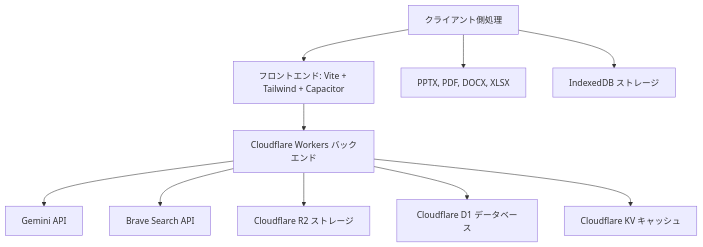
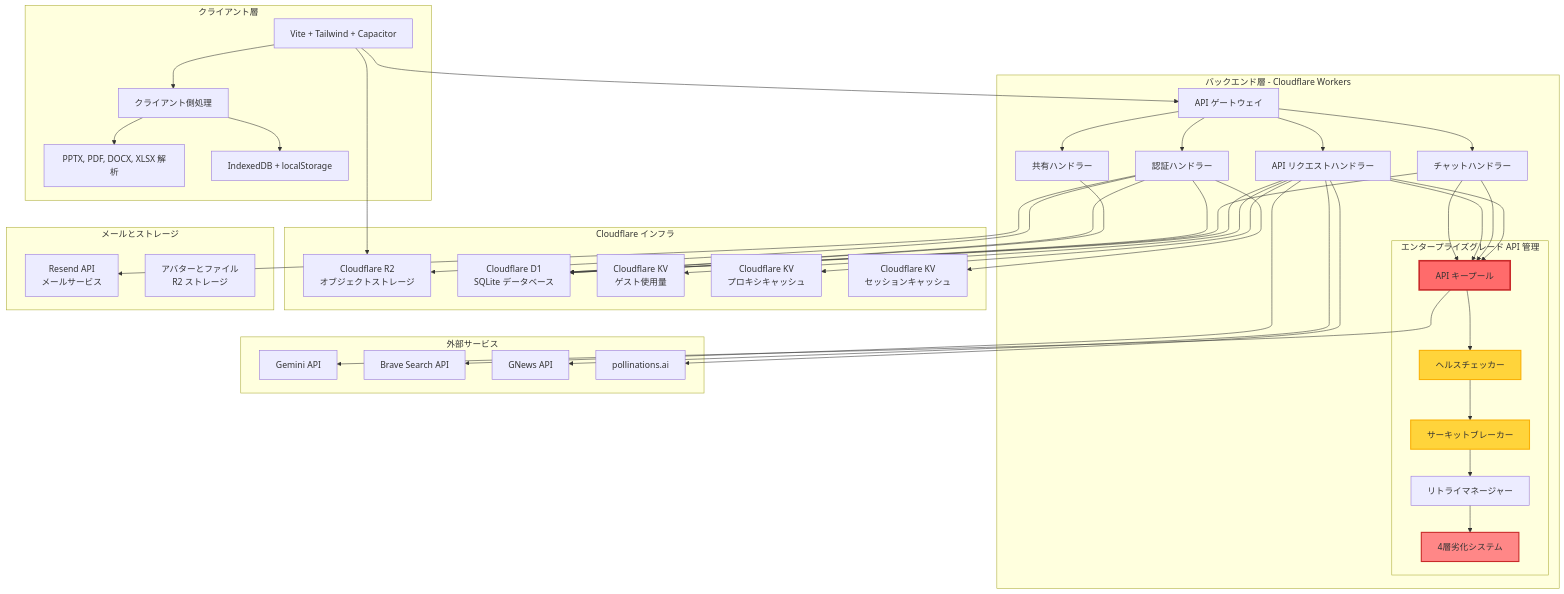
The diagram in docs/README.ja.md (PandaSI-Labs/littleaibox), drawn with Mermaid before and after one commit. The commit also changed 3 other files, not shown here.

````diff
--- a/docs/README.ja.md
+++ b/docs/README.ja.md
@@ -129,12 +129,86 @@
 ```mermaid
-graph TD
-    A[フロントエンド: Vite + Tailwind + Capacitor] --> B[Cloudflare Workers バックエンド]
-    B --> C[Gemini API]
-    B --> D[Brave Search API]
-    B --> E[Cloudflare R2 ストレージ]
-    B --> F[Cloudflare D1 データベース]
-    B --> G[Cloudflare KV キャッシュ]
-    H[クライアント側処理] --> A
-    H --> I[PPTX, PDF, DOCX, XLSX]
-    H --> J[IndexedDB ストレージ]
+graph TB
+    subgraph "クライアント層"
+        A[Vite + Tailwind + Capacitor]
+        H[クライアント側処理]
+        I[PPTX, PDF, DOCX, XLSX 解析]
+        J[IndexedDB + localStorage]
+        A --> H
+        H --> I
+        H --> J
+    end
+    
+    subgraph "バックエンド層 - Cloudflare Workers"
+        B[API ゲートウェイ]
+        B1[認証ハンドラー]
+        B2[チャットハンドラー]
+        B3[API リクエストハンドラー]
+        B4[共有ハンドラー]
+        B --> B1
+        B --> B2
+        B --> B3
+        B --> B4
+        
+        subgraph "エンタープライズグレード API 管理"
+            B5[API キープール]
+            B6[ヘルスチェッカー]
+            B7[サーキットブレーカー]
+            B8[リトライマネージャー]
+            B9[4層劣化システム]
+            B5 --> B6
+            B6 --> B7
+            B7 --> B8
+            B8 --> B9
+        end
+        
+        B2 --> B5
+        B3 --> B5
+    end
+    
+    subgraph "外部サービス"
+        C[Gemini API]
+        D[Brave Search API]
+        D1[GNews API]
+        D2[pollinations.ai]
+    end
+    
+    subgraph "Cloudflare インフラ"
+        E[Cloudflare R2<br/>オブジェクトストレージ]
+        F[Cloudflare D1<br/>SQLite データベース]
+        G1[Cloudflare KV<br/>ゲスト使用量]
+        G2[Cloudflare KV<br/>プロキシキャッシュ]
+        G3[Cloudflare KV<br/>セッションキャッシュ]
+    end
+    
+    subgraph "メールとストレージ"
+        K[Resend API<br/>メールサービス]
+        L[アバターとファイル<br/>R2 ストレージ]
+    end
+    
+    A --> B
+    B1 --> F
+    B2 --> B5
+    B3 --> B5
+    B4 --> F
+    
+    B5 --> C
+    B3 --> D
+    B3 --> D1
+    B3 --> D2
+    
+    B1 --> F
+    B2 --> F
+    B3 --> F
+    B1 --> G3
+    B3 --> G1
+    B3 --> G2
+    
+    B1 --> K
+    B1 --> E
+    A --> E
+    
+    style B5 fill:#ff6b6b,stroke:#c92a2a,stroke-width:3px
+    style B9 fill:#ff8787,stroke:#c92a2a,stroke-width:2px
+    style B6 fill:#ffd43b,stroke:#fab005,stroke-width:2px
+    style B7 fill:#ffd43b,stroke:#fab005,stroke-width:2px
 ```
````
